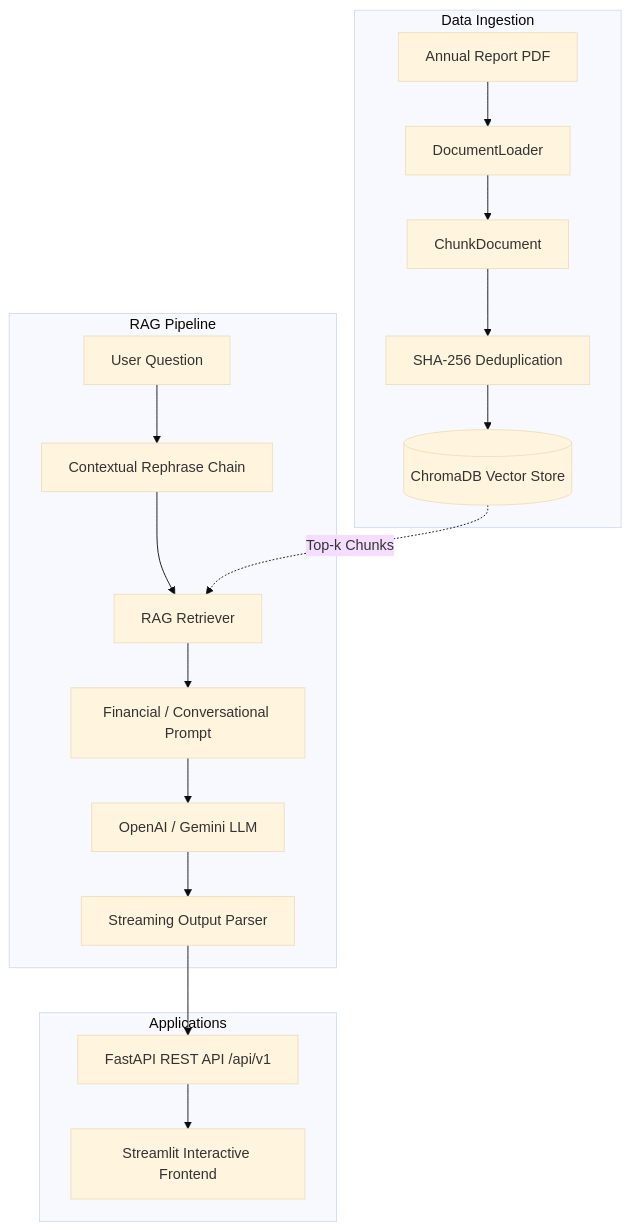
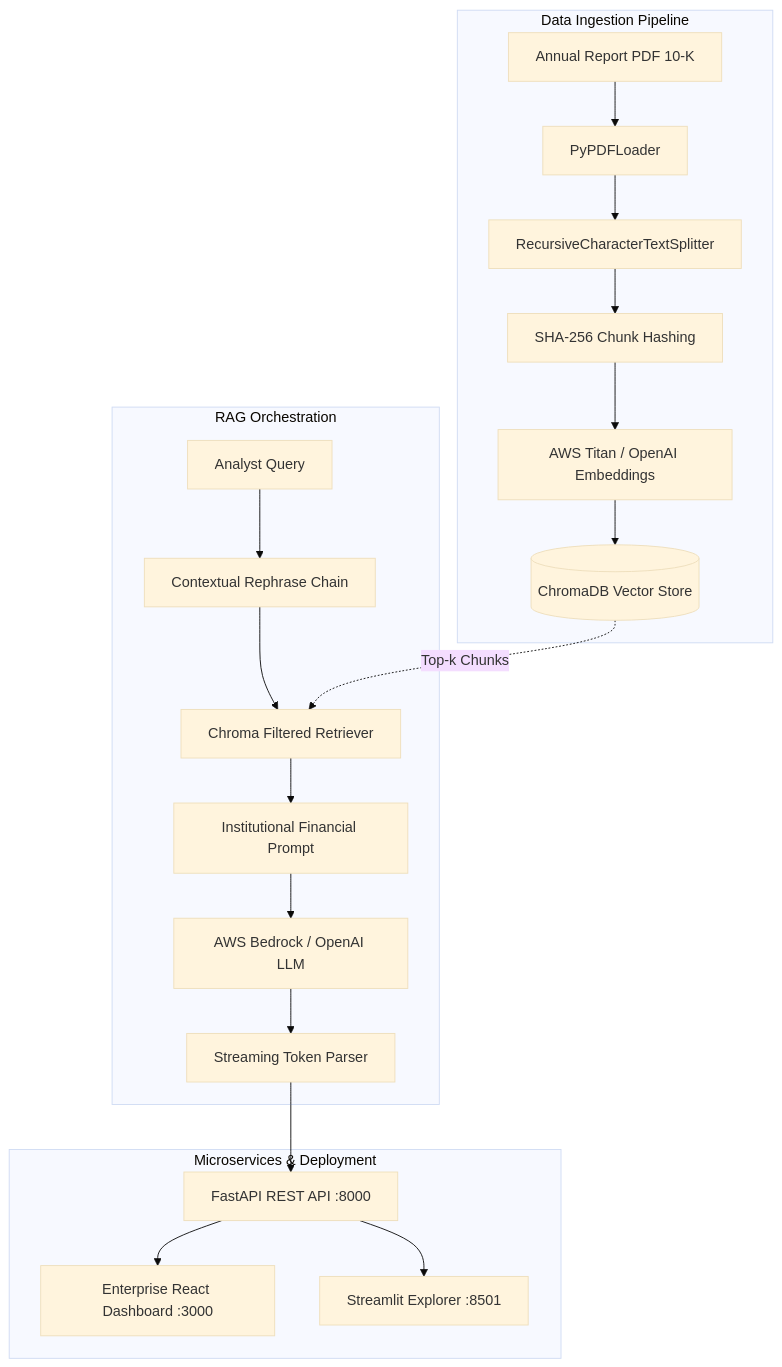
One commit to Himansh19-lab/AI-powered-stock-analysis changed the diagram in README.md. Above: the diagram before and after it, drawn with Mermaid (base theme). The commit also changed other lines of this file, not shown here.

Commit message:
docs: comprehensive update with React dashboard, AWS Bedrock, Docker Compose, and CI/CD architecture

````diff
--- a/README.md
+++ b/README.md
@@ -27,23 +32,25 @@
 ```mermaid
 graph TD
-    subgraph Data Ingestion
-        PDF[Annual Report PDF] --> DL[DocumentLoader]
-        DL --> CD[ChunkDocument]
-        CD --> DEDUP[SHA-256 Deduplication]
-        DEDUP --> VS[(ChromaDB Vector Store)]
+    subgraph Data Ingestion Pipeline
+        PDF[Annual Report PDF 10-K] --> DL[PyPDFLoader]
+        DL --> CD[RecursiveCharacterTextSplitter]
+        CD --> DEDUP[SHA-256 Chunk Hashing]
+        DEDUP --> EMB[AWS Titan / OpenAI Embeddings]
+        EMB --> VS[(ChromaDB Vector Store)]
     end
 
-    subgraph RAG Pipeline
-        Query[User Question] --> CR[Contextual Rephrase Chain]
-        CR --> RET[RAG Retriever]
+    subgraph RAG Orchestration
+        Query[Analyst Query] --> CR[Contextual Rephrase Chain]
+        CR --> RET[Chroma Filtered Retriever]
         VS -. Top-k Chunks .-> RET
-        RET --> PROMPT[Financial / Conversational Prompt]
-        PROMPT --> LLM[OpenAI / Gemini LLM]
-        LLM --> STREAM[Streaming Output Parser]
+        RET --> PROMPT[Institutional Financial Prompt]
+        PROMPT --> LLM[AWS Bedrock / OpenAI LLM]
+        LLM --> STREAM[Streaming Token Parser]
     end
 
-    subgraph Applications
-        STREAM --> API[FastAPI REST API /api/v1]
-        API --> UI[Streamlit Interactive Frontend]
+    subgraph Microservices & Deployment
+        STREAM --> API[FastAPI REST API :8000]
+        API --> UI_REACT[Enterprise React Dashboard :3000]
+        API --> UI_STREAMLIT[Streamlit Explorer :8501]
     end
 ```
````
